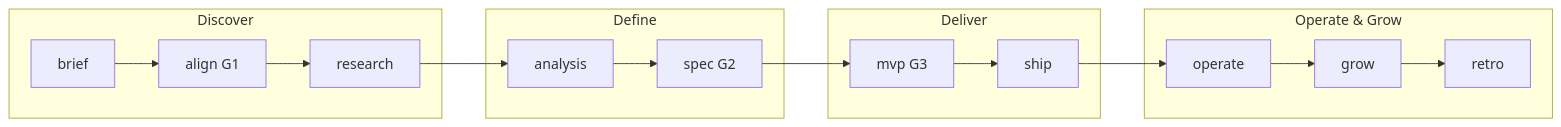
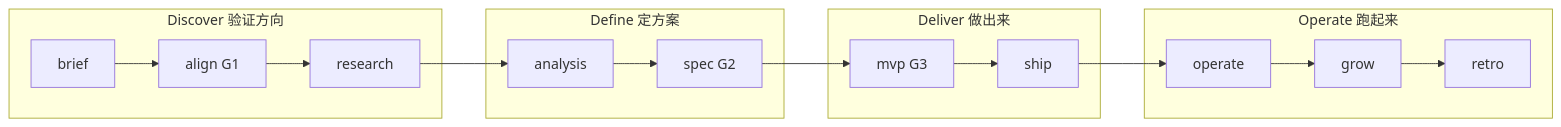
The second of 2 diagrams in README.md (ttmens/ttmens-skills), drawn with Mermaid before and after one commit. The commit also changed other lines of this file and 133 other files, not shown here.

````diff
--- a/README.md
+++ b/README.md
@@ -51,22 +174,22 @@
 ```mermaid
 flowchart LR
-    subgraph Discover["Discover"]
-        brief[brief]
-        align[align G1]
-        research[research]
-    end
-    subgraph Define["Define"]
-        analysis[analysis]
-        spec[spec G2]
-    end
-    subgraph Deliver["Deliver"]
-        mvp[mvp G3]
-        ship[ship]
-    end
-    subgraph Operate["Operate & Grow"]
-        operate[operate]
-        grow[grow]
-        retro[retro]
-    end
-    brief --> align --> research --> analysis --> spec --> mvp --> ship --> operate --> grow --> retro
+  subgraph Discover["Discover 验证方向"]
+    brief[brief]
+    align[align G1]
+    research[research]
+  end
+  subgraph Define["Define 定方案"]
+    analysis[analysis]
+    spec[spec G2]
+  end
+  subgraph Deliver["Deliver 做出来"]
+    mvp[mvp G3]
+    ship[ship]
+  end
+  subgraph Operate["Operate 跑起来"]
+    operate[operate]
+    grow[grow]
+    retro[retro]
+  end
+  brief --> align --> research --> analysis --> spec --> mvp --> ship --> operate --> grow --> retro
 ```
````
